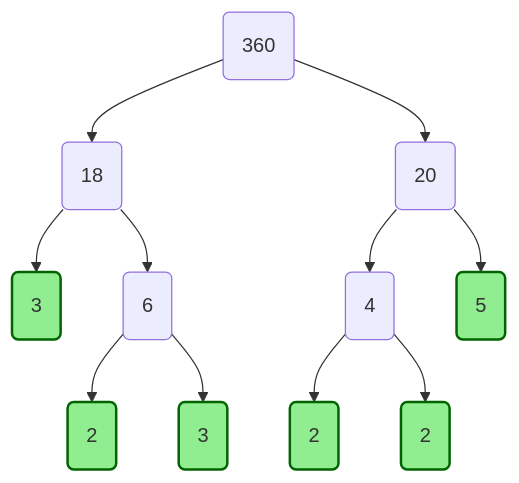
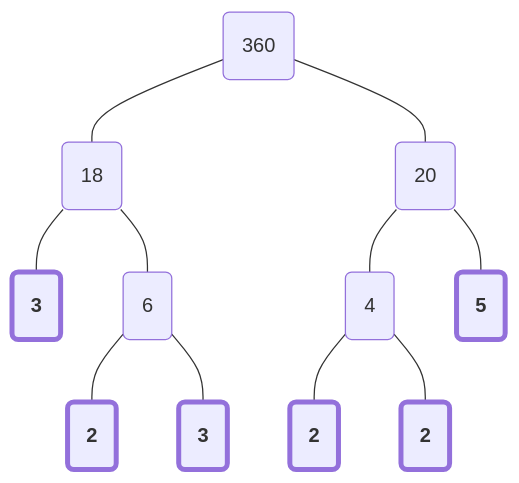
Before and after one commit to tinkermeister-42/Algebra1: the fourth of 11 diagrams in chapters/Unit_1/1.2_Factors_Multiples_&_Prime_Factorization.qmd, drawn with Mermaid. The commit also changed other lines of this file and 17 other files, not shown here.

````diff
--- a/chapters/Unit_1/1.2_Factors_Multiples_&_Prime_Factorization.qmd
+++ b/chapters/Unit_1/1.2_Factors_Multiples_&_Prime_Factorization.qmd
@@ -166,34 +168,35 @@
 ```{mermaid}
 %%| label: fig-mermaid-diagram
 %%| fit-align: center
 %%| fig-cap: " "
     flowchart TB
     node_0("360")
     node_1_0_1("18")
-    node_0 --> node_1_0_1
+    node_0 --- node_1_0_1
     node_1_0_2_0_2("3")
-    node_1_0_1 --> node_1_0_2_0_2
+    node_1_0_1 --- node_1_0_2_0_2
     node_1_0_2_1_2("6")
-    node_1_0_1 --> node_1_0_2_1_2
+    node_1_0_1 --- node_1_0_2_1_2
     node_1_0_2_1_3_0_3("2")
-    node_1_0_2_1_2 --> node_1_0_2_1_3_0_3
+    node_1_0_2_1_2 --- node_1_0_2_1_3_0_3
     node_1_0_2_1_3_1_3("3")
-    node_1_0_2_1_2 --> node_1_0_2_1_3_1_3
+    node_1_0_2_1_2 --- node_1_0_2_1_3_1_3
     node_1_1_1("20")
-    node_0 --> node_1_1_1
+    node_0 --- node_1_1_1
     node_1_1_2_0_2("4")
-    node_1_1_1 --> node_1_1_2_0_2
+    node_1_1_1 --- node_1_1_2_0_2
     node_1_1_2_0_3_0_3("2")
-    node_1_1_2_0_2 --> node_1_1_2_0_3_0_3
+    node_1_1_2_0_2 --- node_1_1_2_0_3_0_3
     node_1_1_2_0_3_1_3("2")
-    node_1_1_2_0_2 --> node_1_1_2_0_3_1_3
+    node_1_1_2_0_2 --- node_1_1_2_0_3_1_3
     node_1_1_2_1_2("5")
-    node_1_1_1 --> node_1_1_2_1_2
+    node_1_1_1 --- node_1_1_2_1_2
 
-    style node_1_1_2_1_2 fill:lightgreen,stroke:darkgreen,stroke-width:2px;
-    style node_1_1_2_0_3_1_3 fill:lightgreen,stroke:darkgreen,stroke-width:2px;
-    style node_1_1_2_0_3_0_3 fill:lightgreen,stroke:darkgreen,stroke-width:2px;
-    style node_1_0_2_1_3_1_3 fill:lightgreen,stroke:darkgreen,stroke-width:2px;
-    style node_1_0_2_1_3_0_3 fill:lightgreen,stroke:darkgreen,stroke-width:2px;
-    style node_1_0_2_0_2 fill:lightgreen,stroke:darkgreen,stroke-width:2px;
+    style node_1_1_2_1_2 stroke-width:4px,font-weight:bold;
+    style node_1_1_2_0_3_1_3 stroke-width:4px,font-weight:bold;
+    style node_1_1_2_0_3_0_3 stroke-width:4px,font-weight:bold;
+    style node_1_0_2_1_3_1_3 stroke-width:4px,font-weight:bold;
+    style node_1_0_2_1_3_0_3 stroke-width:4px,font-weight:bold;
+    style node_1_0_2_0_2 stroke-width:4px,font-weight:bold;
+
 ```
````
